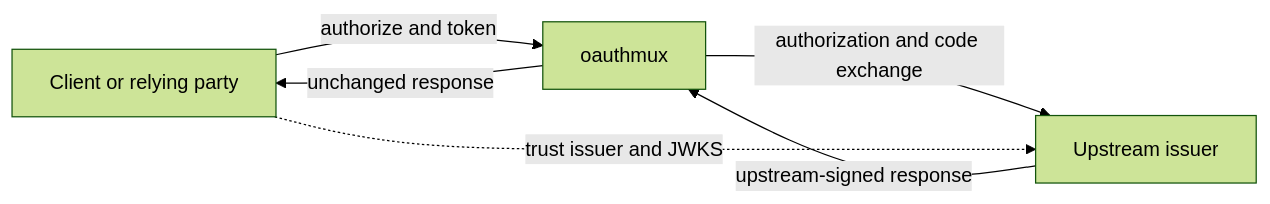
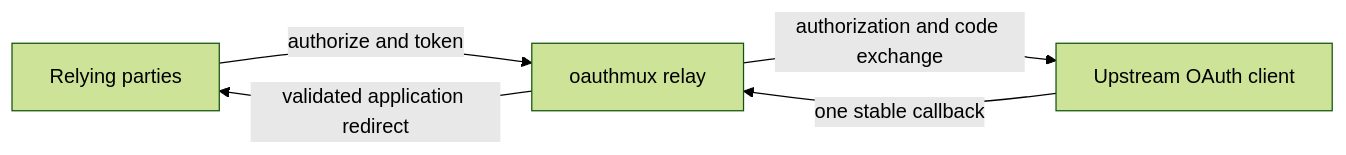
Before and after one commit to rise-deploy/oauthmux: the diagram in README.md, drawn with Mermaid (forest theme). The commit also changed other lines of this file and 15 other files, not shown here.

````diff
--- a/README.md
+++ b/README.md
@@ -19,12 +11,11 @@
 ```mermaid
 flowchart LR
-    RP[Client or relying party]
-    M[oauthmux]
-    U[Upstream issuer]
+    RP[Relying parties]
+    M[oauthmux relay]
+    U[Upstream OAuth client]
 
     RP -->|authorize and token| M
     M -->|authorization and code exchange| U
-    U -->|upstream-signed response| M
-    M -->|unchanged response| RP
-    RP -.->|trust issuer and JWKS| U
+    U -->|one stable callback| M
+    M -->|validated application redirect| RP
 ```
````
